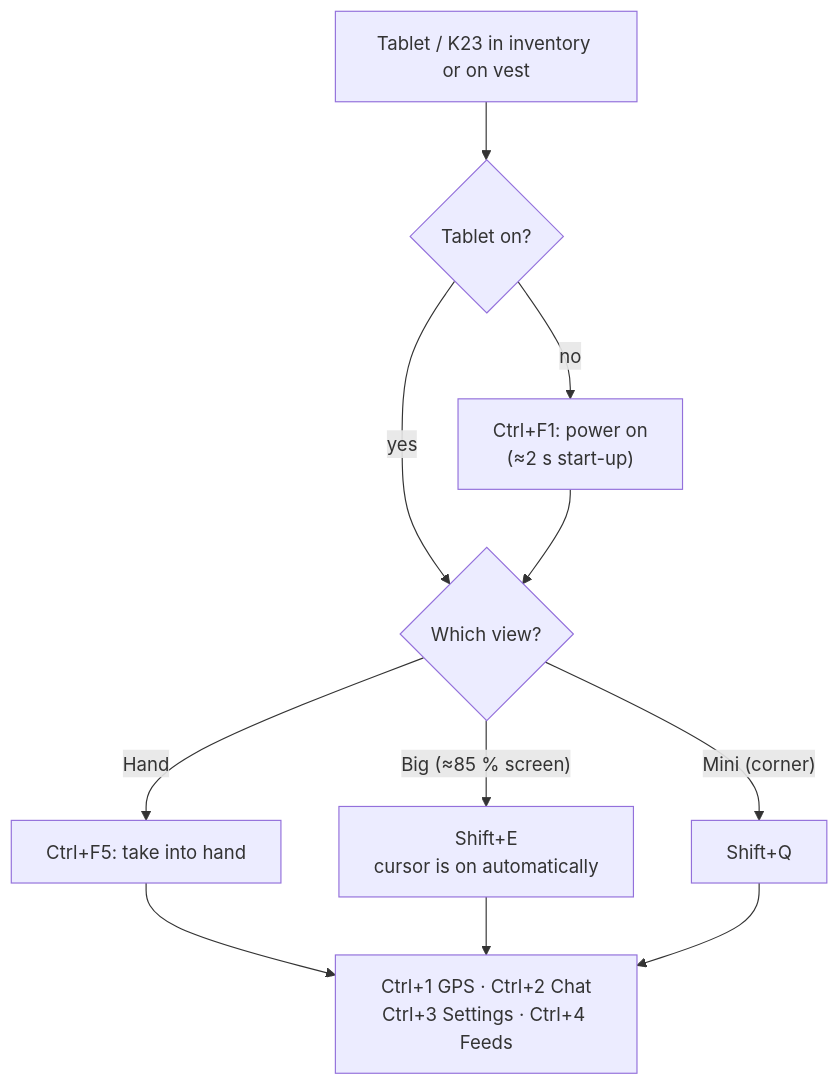
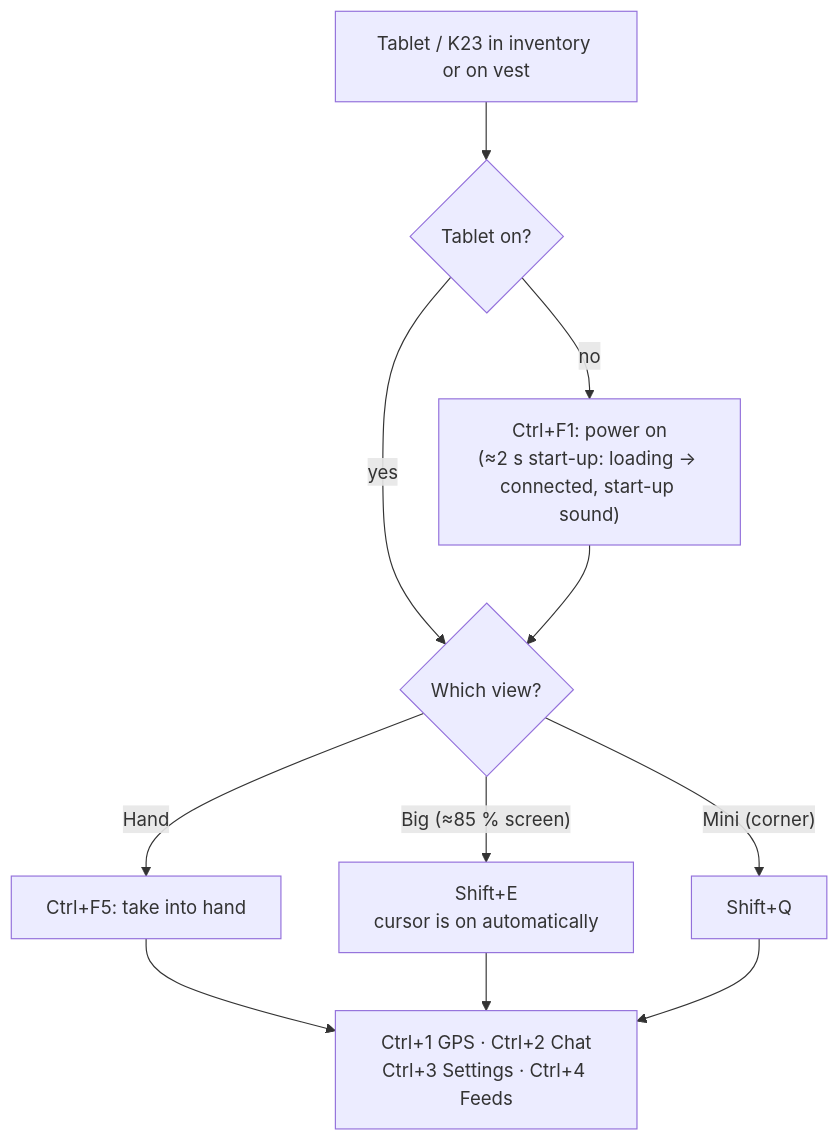
The first of 12 diagrams in SkyMap-X-Workflows.md (GerSkyking/SkyKing-Mod-Docs), drawn with Mermaid before and after one commit. The commit also changed other lines of this file and 2 other files, not shown here.

Commit message:
Wiki: link SMX sub-pages from Home/SkyMap-X, update workflow diagrams (ARC-40 timing, boot, map provider, chat)

````diff
--- a/SkyMap-X-Workflows.md
+++ b/SkyMap-X-Workflows.md
@@ -11,13 +11,13 @@
 ```mermaid
 flowchart TD
     A["Tablet / K23 in inventory or on vest"] --> B{"Tablet on?"}
-    B -- "no" --> C["Ctrl+F1: power on<br/>(≈2 s start-up)"]
+    B -- "no" --> C["Ctrl+F1: power on<br/>(≈2 s start-up: loading → connected, start-up sound)"]
     B -- "yes" --> D
     C --> D{"Which view?"}
     D -- "Hand" --> E["Ctrl+F5: take into hand"]
     D -- "Big (≈85 % screen)" --> F["Shift+E<br/>cursor is on automatically"]
     D -- "Mini (corner)" --> G["Shift+Q"]
     E --> H["Ctrl+1 GPS · Ctrl+2 Chat<br/>Ctrl+3 Settings · Ctrl+4 Feeds"]
     F --> H
     G --> H
 ```
````
